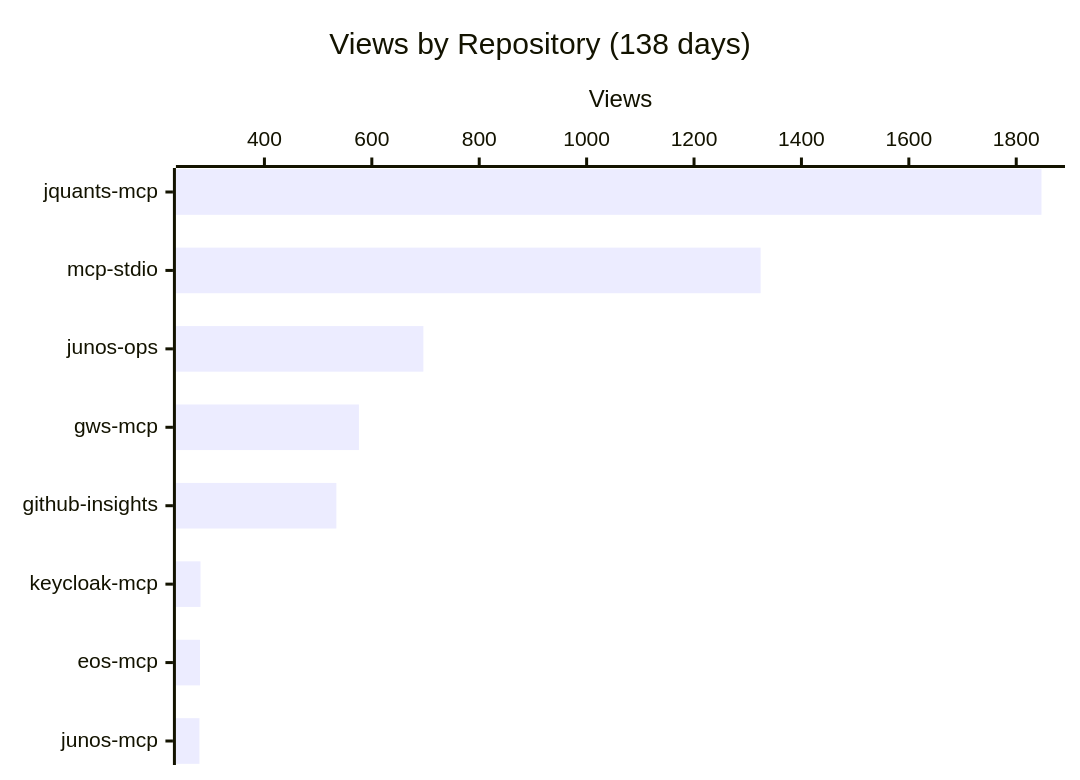
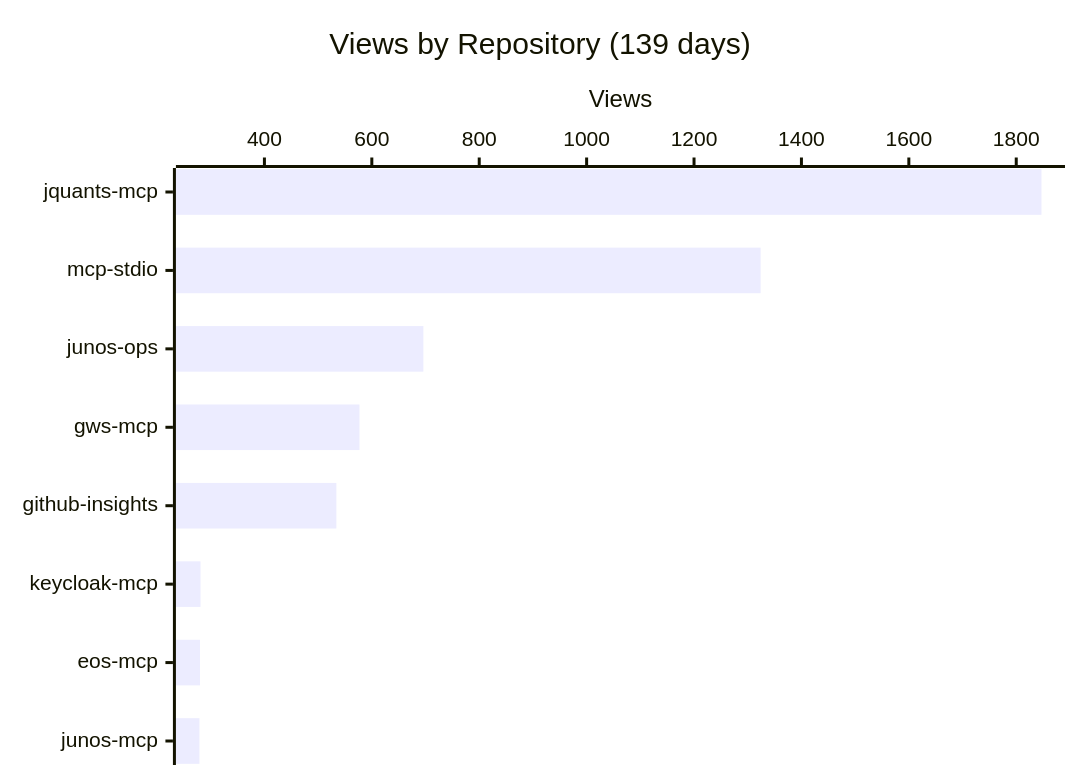
One commit to shigechika/github-insights changed the first of 4 diagrams in README.md. Above: the diagram before and after it, drawn with Mermaid. The commit also changed other lines of this file and 2 other files, not shown here.

````diff
--- a/README.md
+++ b/README.md
@@ -18,7 +18,7 @@
 ```mermaid
 xychart-beta horizontal
-    title "Views by Repository (138 days)"
+    title "Views by Repository (139 days)"
     x-axis ["jquants-mcp", "mcp-stdio", "junos-ops", "gws-mcp", "github-insights", "keycloak-mcp", "eos-mcp", "junos-mcp"]
     y-axis "Views"
-    bar [1847, 1324, 696, 576, 534, 281, 280, 279]
+    bar [1847, 1324, 696, 577, 534, 281, 280, 279]
 ```
````
